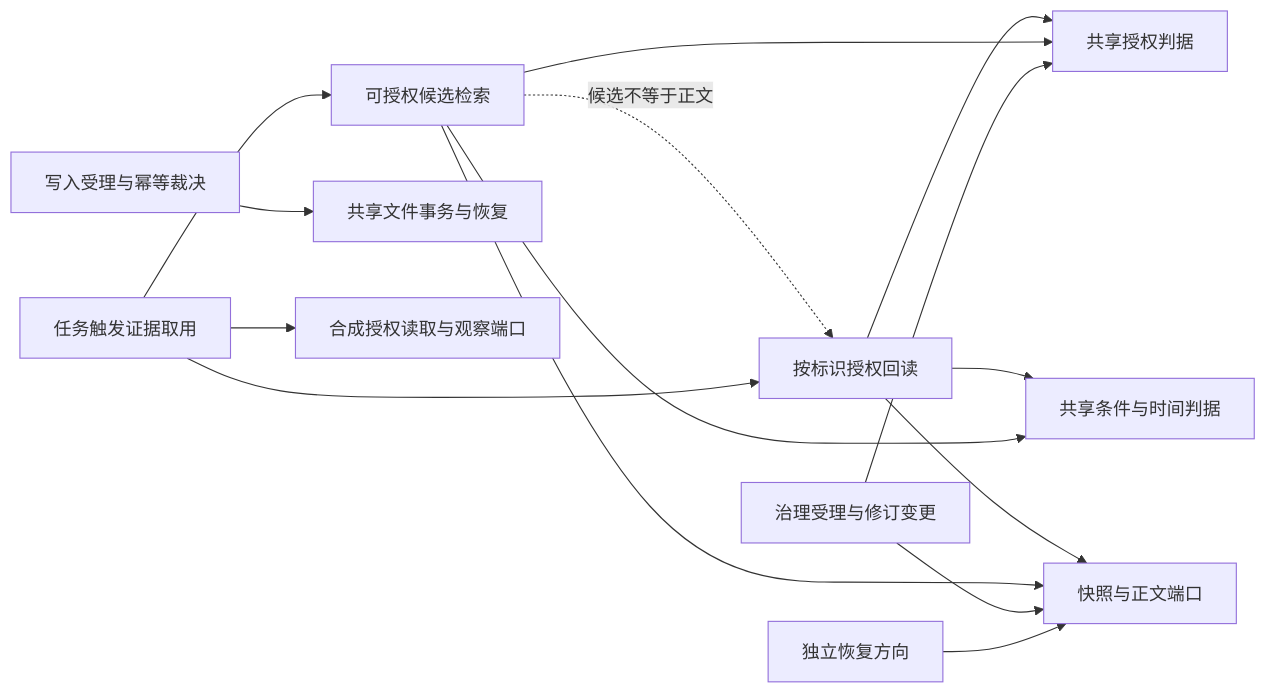
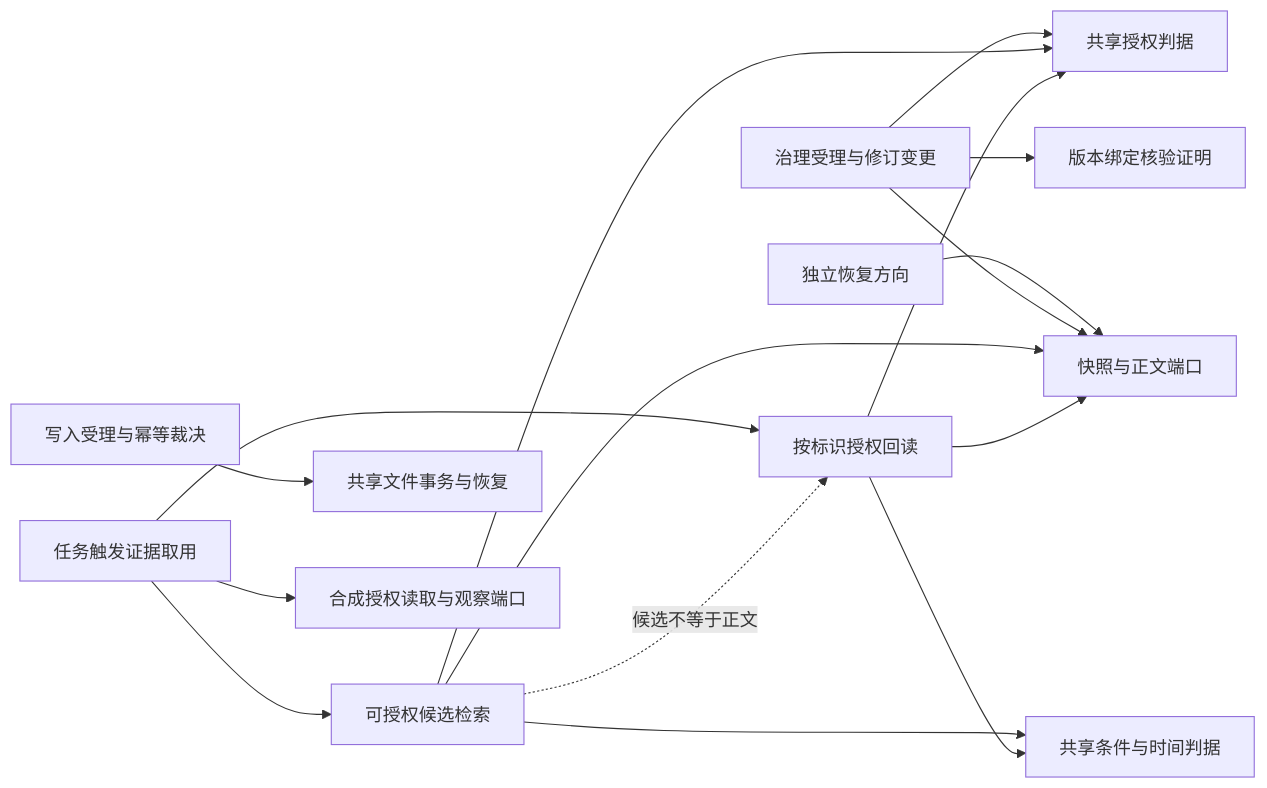
Before and after one commit to FuRongJun-1999/dsh-lingshu-memory: the diagram in docs/CAPABILITY_GRAPH.md, drawn with Mermaid. The commit also changed other lines of this file and 13 other files, not shown here.

```diff
--- a/docs/CAPABILITY_GRAPH.md
+++ b/docs/CAPABILITY_GRAPH.md
@@ -5,17 +5,18 @@
 ~~~mermaid
 graph LR
   G[按标识授权回读] --> A[共享授权判据]
   G --> T[共享条件与时间判据]
   G --> S[快照与正文端口]
   Q[可授权候选检索] --> A
   Q --> T
   Q --> S
   Q -. 候选不等于正文 .-> G
   W[写入受理与幂等裁决] --> X[共享文件事务与恢复]
   R[治理受理与修订变更] --> S
   R --> A
+  R --> V[版本绑定核验证明]
   P[独立恢复方向] --> S
   C[任务触发证据取用] --> O[合成授权读取与观察端口]
   C --> G
   C --> Q
 ~~~
```
